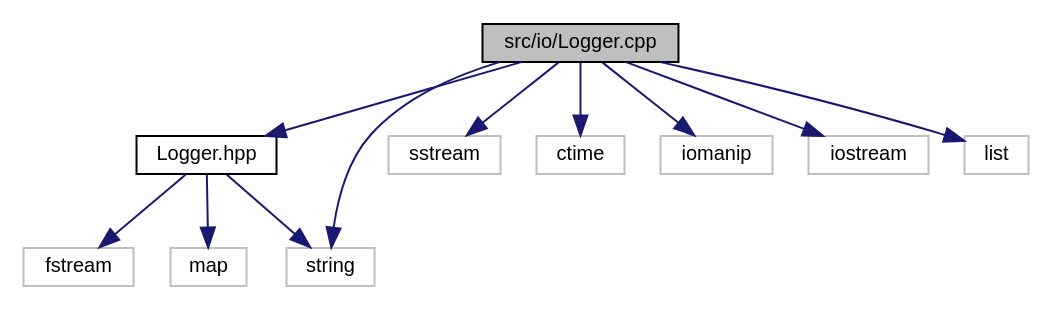
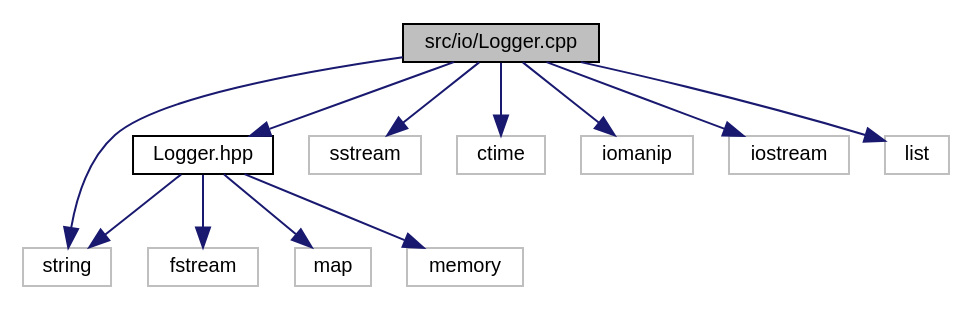
Before and after one commit to Wisteca/FilRougeDoc: the diagram in _logger_8cpp__incl.dot, drawn with Graphviz. The commit also changed 210 other files, not shown here.

```diff
--- a/_logger_8cpp__incl.dot
+++ b/_logger_8cpp__incl.dot
@@ -1,26 +1,28 @@
 digraph "src/io/Logger.cpp"
 {
  // LATEX_PDF_SIZE
   edge [fontname="Helvetica",fontsize="10",labelfontname="Helvetica",labelfontsize="10"];
   node [fontname="Helvetica",fontsize="10",shape=record];
   Node1 [label="src/io/Logger.cpp",height=0.2,width=0.4,color="black", fillcolor="grey75", style="filled", fontcolor="black",tooltip="Implementation of Logger class."];
   Node1 -> Node2 [color="midnightblue",fontsize="10",style="solid",fontname="Helvetica"];
   Node2 [label="Logger.hpp",height=0.2,width=0.4,color="black", fillcolor="white", style="filled",URL="$_logger_8hpp.html",tooltip="Singleton that manages logs, their severity and files."];
   Node2 -> Node3 [color="midnightblue",fontsize="10",style="solid",fontname="Helvetica"];
   Node3 [label="fstream",height=0.2,width=0.4,color="grey75", fillcolor="white", style="filled",tooltip=" "];
   Node2 -> Node4 [color="midnightblue",fontsize="10",style="solid",fontname="Helvetica"];
   Node4 [label="string",height=0.2,width=0.4,color="grey75", fillcolor="white", style="filled",tooltip=" "];
   Node2 -> Node5 [color="midnightblue",fontsize="10",style="solid",fontname="Helvetica"];
   Node5 [label="map",height=0.2,width=0.4,color="grey75", fillcolor="white", style="filled",tooltip=" "];
+  Node2 -> Node6 [color="midnightblue",fontsize="10",style="solid",fontname="Helvetica"];
+  Node6 [label="memory",height=0.2,width=0.4,color="grey75", fillcolor="white", style="filled",tooltip=" "];
   Node1 -> Node4 [color="midnightblue",fontsize="10",style="solid",fontname="Helvetica"];
-  Node1 -> Node6 [color="midnightblue",fontsize="10",style="solid",fontname="Helvetica"];
-  Node6 [label="sstream",height=0.2,width=0.4,color="grey75", fillcolor="white", style="filled",tooltip=" "];
   Node1 -> Node7 [color="midnightblue",fontsize="10",style="solid",fontname="Helvetica"];
-  Node7 [label="ctime",height=0.2,width=0.4,color="grey75", fillcolor="white", style="filled",tooltip=" "];
+  Node7 [label="sstream",height=0.2,width=0.4,color="grey75", fillcolor="white", style="filled",tooltip=" "];
   Node1 -> Node8 [color="midnightblue",fontsize="10",style="solid",fontname="Helvetica"];
-  Node8 [label="iomanip",height=0.2,width=0.4,color="grey75", fillcolor="white", style="filled",tooltip=" "];
+  Node8 [label="ctime",height=0.2,width=0.4,color="grey75", fillcolor="white", style="filled",tooltip=" "];
   Node1 -> Node9 [color="midnightblue",fontsize="10",style="solid",fontname="Helvetica"];
-  Node9 [label="iostream",height=0.2,width=0.4,color="grey75", fillcolor="white", style="filled",tooltip=" "];
+  Node9 [label="iomanip",height=0.2,width=0.4,color="grey75", fillcolor="white", style="filled",tooltip=" "];
   Node1 -> Node10 [color="midnightblue",fontsize="10",style="solid",fontname="Helvetica"];
-  Node10 [label="list",height=0.2,width=0.4,color="grey75", fillcolor="white", style="filled",tooltip=" "];
+  Node10 [label="iostream",height=0.2,width=0.4,color="grey75", fillcolor="white", style="filled",tooltip=" "];
+  Node1 -> Node11 [color="midnightblue",fontsize="10",style="solid",fontname="Helvetica"];
+  Node11 [label="list",height=0.2,width=0.4,color="grey75", fillcolor="white", style="filled",tooltip=" "];
 }
```
